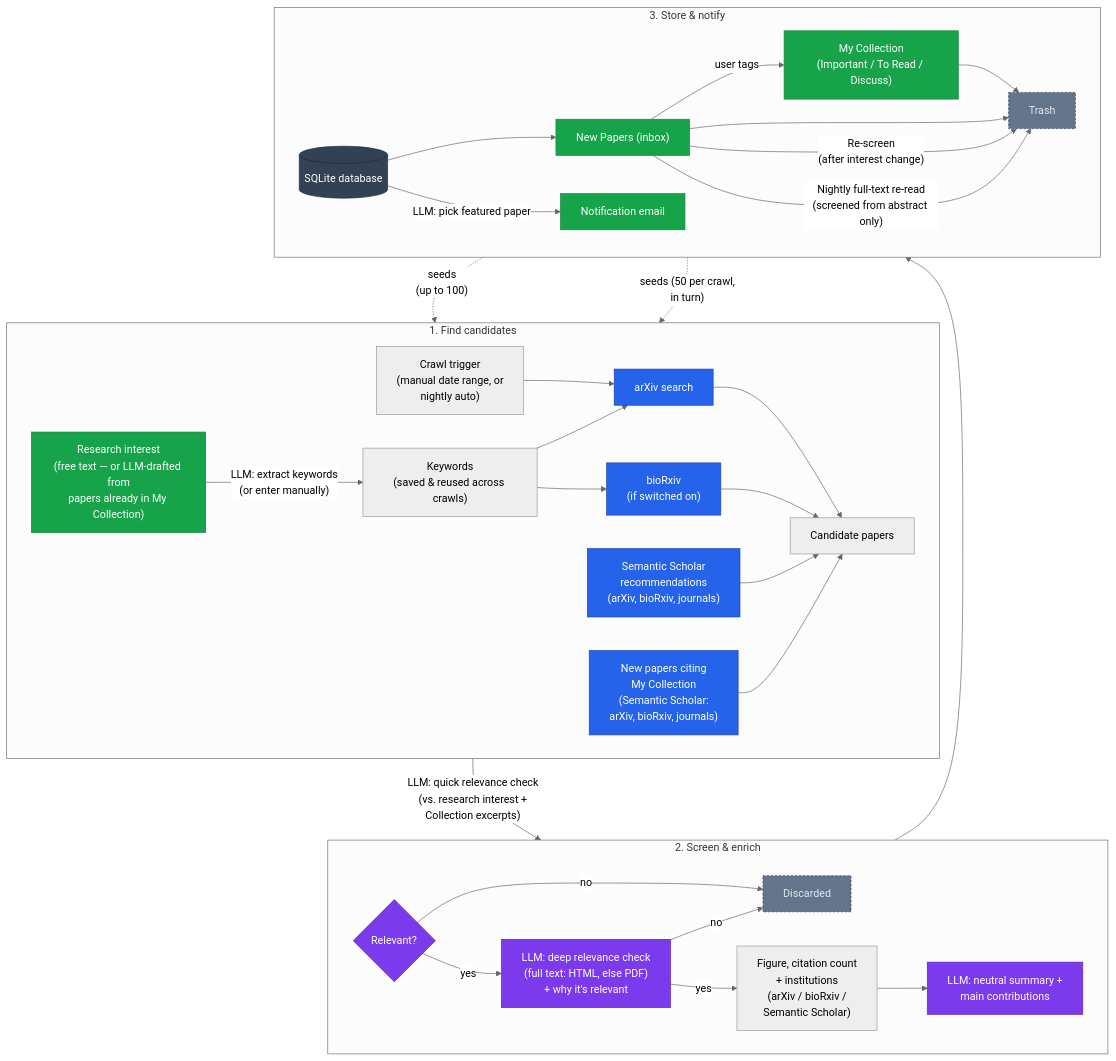
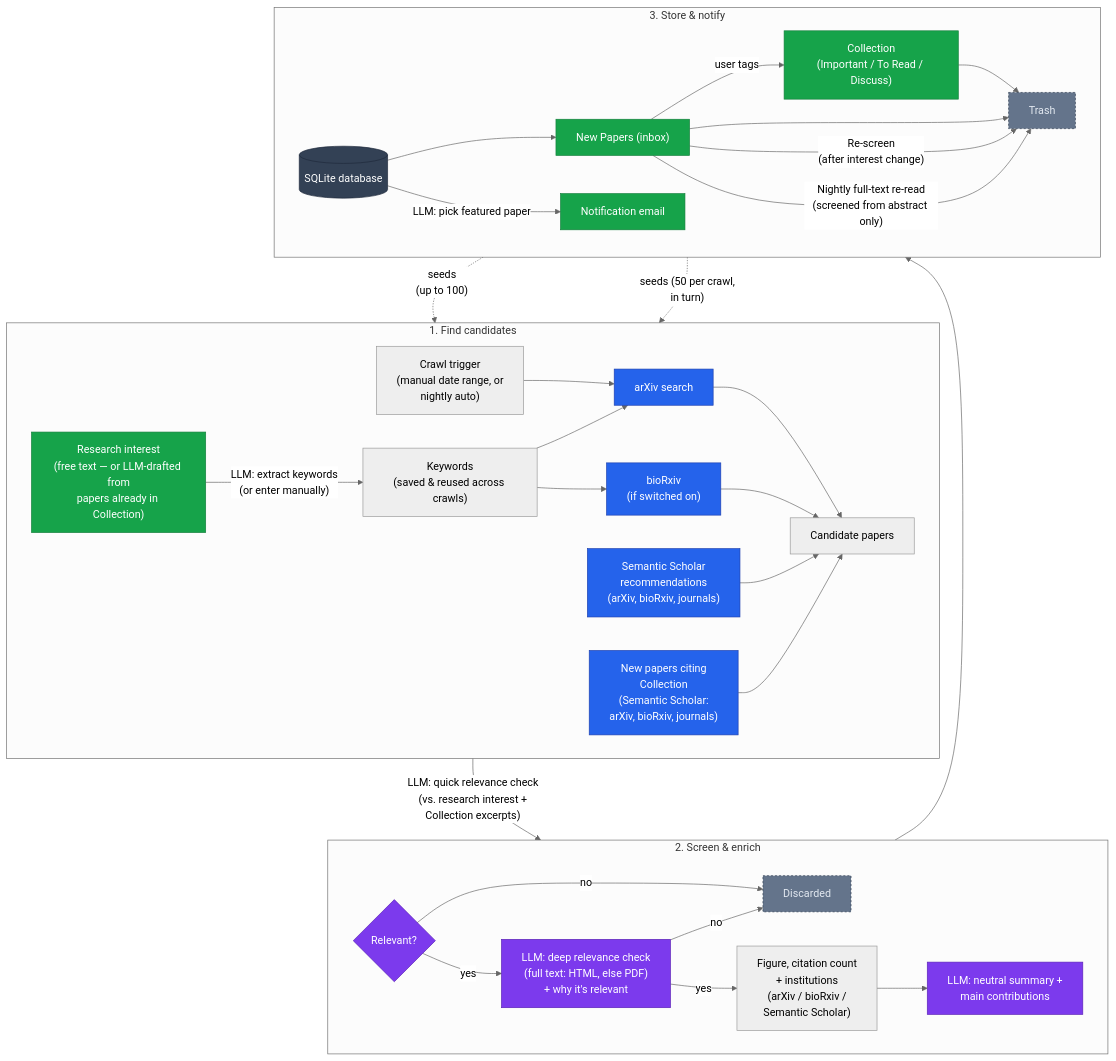
Before and after one commit to MassEast/paper-agent: the diagram in README.md, drawn with Mermaid (neutral theme). The commit also changed other lines of this file and 48 other files, not shown here.

````diff
--- a/README.md
+++ b/README.md
@@ -26,50 +26,50 @@
 ```mermaid
 flowchart TD
     subgraph Phase1["1. Find candidates"]
         direction LR
-        RI["Research interest<br/>(free text — or LLM-drafted from<br/>papers already in My Collection)"] -->|"LLM: extract keywords<br/>(or enter manually)"| KW["Keywords<br/>(saved & reused across crawls)"]
+        RI["Research interest<br/>(free text — or LLM-drafted from<br/>papers already in Collection)"] -->|"LLM: extract keywords<br/>(or enter manually)"| KW["Keywords<br/>(saved & reused across crawls)"]
         SCHED["Crawl trigger<br/>(manual date range, or<br/>nightly auto)"] --> ARX["arXiv search"]
         KW --> ARX
         KW --> BIO["bioRxiv<br/>(if switched on)"]
         ARX --> CAND["Candidate papers"]
         BIO --> CAND
         SS["Semantic Scholar<br/>recommendations<br/>(arXiv, bioRxiv, journals)"] --> CAND
-        CITE["New papers citing<br/>My Collection<br/>(Semantic Scholar:<br/>arXiv, bioRxiv, journals)"] --> CAND
+        CITE["New papers citing<br/>Collection<br/>(Semantic Scholar:<br/>arXiv, bioRxiv, journals)"] --> CAND
     end
 
     subgraph Phase2["2. Screen & enrich"]
         direction LR
         Q{Relevant?} -- yes --> DEEP["LLM: deep relevance check<br/>(full text: HTML, else PDF)<br/>+ why it's relevant"]
         Q -- no --> DROP["Discarded"]
         DEEP -- no --> DROP
         DEEP -- yes --> FIG["Figure, citation count<br/>+ institutions<br/>(arXiv / bioRxiv /<br/>Semantic Scholar)"]
         FIG --> SUM["LLM: neutral summary +<br/>main contributions"]
     end
 
     subgraph Phase3["3. Store & notify"]
         direction LR
         DB[("SQLite database")] --> NEW["New Papers (inbox)"]
-        NEW -->|"user tags"| COLL["My Collection<br/>(Important / To Read / Discuss)"]
+        NEW -->|"user tags"| COLL["Collection<br/>(Important / To Read / Discuss)"]
         COLL --> TRASH["Trash"]
         NEW --> TRASH
         NEW -->|"Re-screen<br/>(after interest change)"| TRASH
         NEW -->|"Nightly full-text re-read<br/>(screened from abstract only)"| TRASH
         DB -->|"LLM: pick featured paper"| MAIL["Notification email"]
     end
 
     CAND -->|"LLM: quick relevance check<br/>(vs. research interest +<br/>Collection excerpts)"| Q
     SUM --> DB
     COLL -.->|"seeds<br/>(up to 100)"| SS
     COLL -.->|"seeds (50 per crawl,<br/>in turn)"| CITE
 
     classDef external fill:#2563eb,color:#fff,stroke:#1e40af,stroke-width:1px
     classDef llm fill:#7c3aed,color:#fff,stroke:#5b21b6,stroke-width:1px
     classDef store fill:#334155,color:#fff,stroke:#1e293b,stroke-width:1px
     classDef endpoint fill:#16a34a,color:#fff,stroke:#15803d,stroke-width:1px
     classDef dropped fill:#64748b,color:#e2e8f0,stroke:#334155,stroke-width:1px,stroke-dasharray:3 3
     class ARX,BIO,SS,CITE external
     class Q,DEEP,SUM llm
     class DB store
     class RI,NEW,COLL,MAIL endpoint
     class DROP,TRASH dropped
 ```
````
